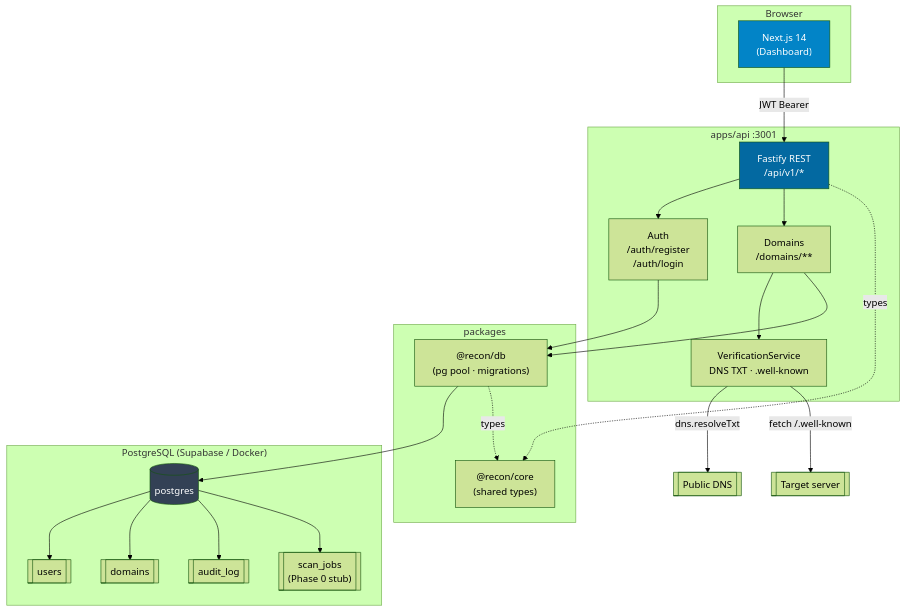
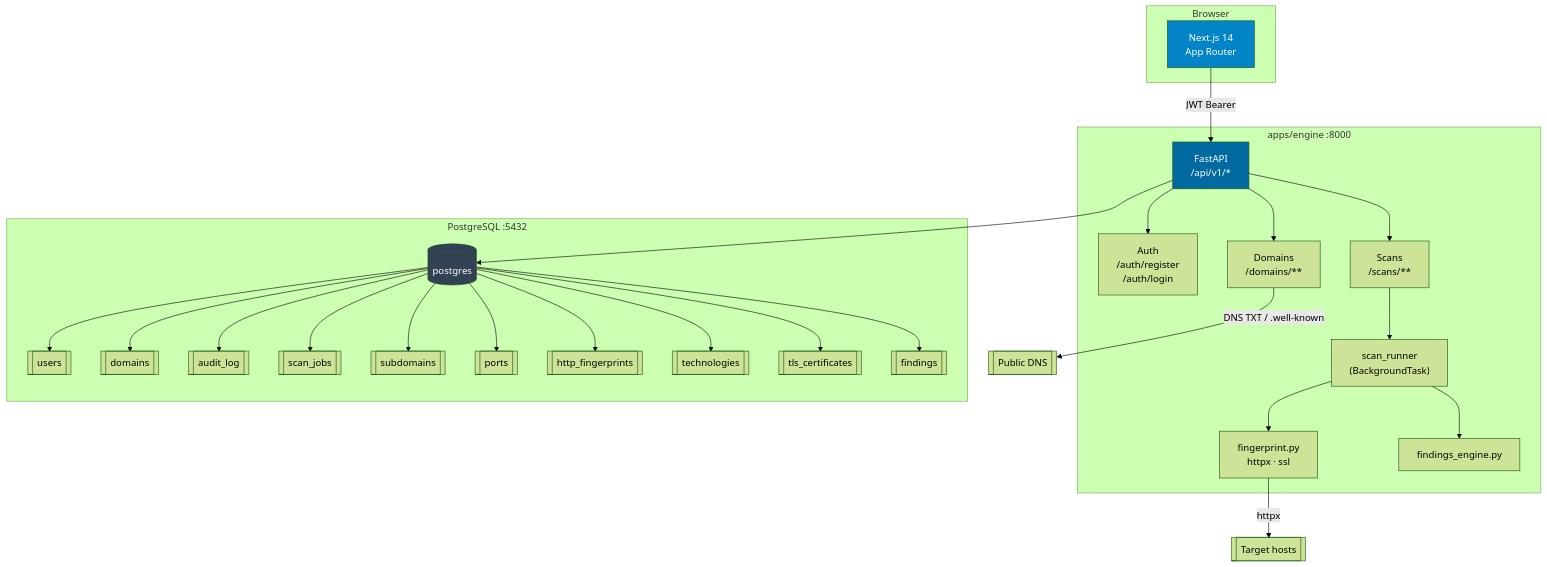
One commit to francovillagra/recon-scope changed the first of 2 diagrams in README.md. Above: the diagram before and after it, drawn with Mermaid (forest theme). The commit also changed other lines of this file and 9 other files, not shown here.

````diff
--- a/README.md
+++ b/README.md
@@ -10,43 +26,43 @@
 ```mermaid
 graph TB
     subgraph "Browser"
-        WEB["Next.js 14\n(Dashboard)"]
+        WEB["Next.js 14\nApp Router"]
     end
 
-    subgraph "apps/api  :3001"
-        API["Fastify REST\n/api/v1/*"]
+    subgraph "apps/engine  :8000"
+        API["FastAPI\n/api/v1/*"]
         AUTH["Auth\n/auth/register\n/auth/login"]
         DOMAINS["Domains\n/domains/**"]
-        VFY["VerificationService\nDNS TXT · .well-known"]
+        SCANS["Scans\n/scans/**"]
+        RUNNER["scan_runner\n(BackgroundTask)"]
+        FP["fingerprint.py\nhttpx · ssl"]
+        FINDINGS["findings_engine.py"]
     end
 
-    subgraph "packages"
-        CORE["@recon/core\n(shared types)"]
-        DB["@recon/db\n(pg pool · migrations)"]
-    end
-
-    subgraph "PostgreSQL (Supabase / Docker)"
+    subgraph "PostgreSQL :5432"
         PG[("postgres")]
-        T_USERS[["users"]]
-        T_DOMAINS[["domains"]]
-        T_AUDIT[["audit_log"]]
-        T_JOBS[["scan_jobs\n(Phase 0 stub)"]]
+        T1[["users"]]
+        T2[["domains"]]
+        T3[["audit_log"]]
+        T4[["scan_jobs"]]
+        T5[["subdomains"]]
+        T6[["ports"]]
+        T7[["http_fingerprints"]]
+        T8[["technologies"]]
+        T9[["tls_certificates"]]
+        T10[["findings"]]
     end
 
     WEB -->|"JWT Bearer"| API
-    API --> AUTH
-    API --> DOMAINS
-    DOMAINS --> VFY
-    VFY -->|"dns.resolveTxt"| DNS[["Public DNS"]]
-    VFY -->|"fetch /.well-known"| INTERNET[["Target server"]]
-    AUTH --> DB
-    DOMAINS --> DB
-    DB --> PG
-    PG --> T_USERS & T_DOMAINS & T_AUDIT & T_JOBS
-    API -.->|"types"| CORE
-    DB -.->|"types"| CORE
+    API --> AUTH & DOMAINS & SCANS
+    SCANS --> RUNNER
+    RUNNER --> FP & FINDINGS
+    FP -->|"httpx"| INET[["Target hosts"]]
+    DOMAINS -->|"DNS TXT / .well-known"| DNS[["Public DNS"]]
+    API --> PG
+    PG --> T1 & T2 & T3 & T4 & T5 & T6 & T7 & T8 & T9 & T10
 
     style WEB fill:#0284c7,color:#fff
     style API fill:#0369a1,color:#fff
     style PG fill:#334155,color:#fff
 ```
````
